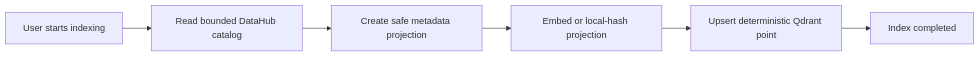
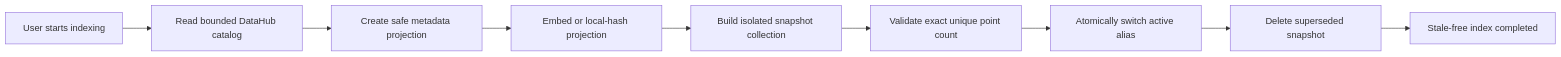
One commit to omarfh111/LineageGuard-AI changed the first of 2 diagrams in docs/agentic-rag.md. Above: the diagram before and after it, drawn with Mermaid. The commit also changed other lines of this file and 13 other files, not shown here.

````diff
--- a/docs/agentic-rag.md
+++ b/docs/agentic-rag.md
@@ -27,8 +27,11 @@
 ```mermaid
 flowchart LR
     Start["User starts indexing"] --> Catalog["Read bounded DataHub catalog"]
     Catalog --> Project["Create safe metadata projection"]
     Project --> Embed["Embed or local-hash projection"]
-    Embed --> Upsert["Upsert deterministic Qdrant point"]
-    Upsert --> Ready["Index completed"]
+    Embed --> Stage["Build isolated snapshot collection"]
+    Stage --> Validate["Validate exact unique point count"]
+    Validate --> Swap["Atomically switch active alias"]
+    Swap --> Cleanup["Delete superseded snapshot"]
+    Cleanup --> Ready["Stale-free index completed"]
 ```
````
